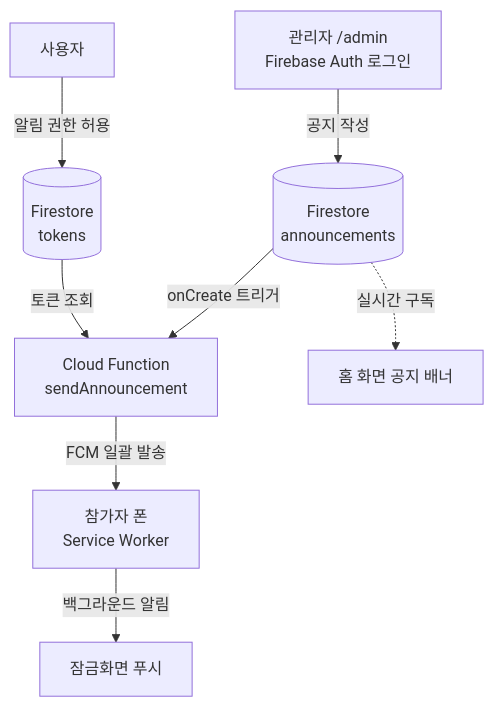
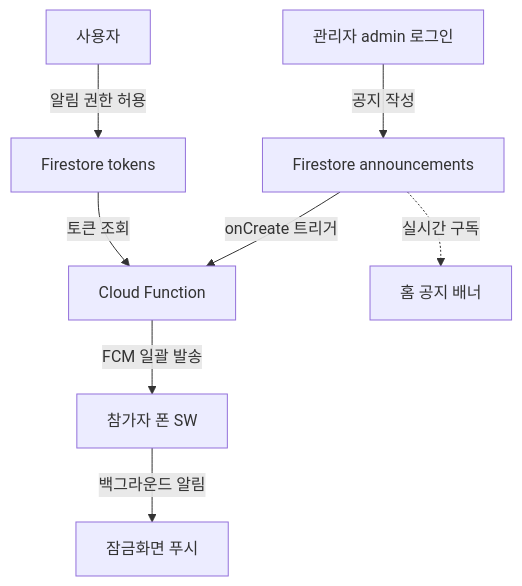
Before and after one commit to penguinnote/convene-pwa: the diagram in README.md, drawn with Mermaid.

Commit message:
docs: mermaid 단순화로 렌더링 수정

````diff
--- a/README.md
+++ b/README.md
@@ -51,10 +51,10 @@
 ```mermaid
 flowchart TD
-    A["관리자 /admin<br/>Firebase Auth 로그인"] -->|"공지 작성"| B[("Firestore<br/>announcements")]
-    B -->|"onCreate 트리거"| C["Cloud Function<br/>sendAnnouncement"]
-    D[("Firestore<br/>tokens")] -->|"토큰 조회"| C
-    C -->|"FCM 일괄 발송"| E["참가자 폰<br/>Service Worker"]
-    E -->|"백그라운드 알림"| F["잠금화면 푸시"]
-    B -.->|"실시간 구독"| G["홈 화면 공지 배너"]
-    H["사용자"] -->|"알림 권한 허용"| D
+    A[관리자 admin 로그인] -->|공지 작성| B[Firestore announcements]
+    B -->|onCreate 트리거| C[Cloud Function]
+    D[Firestore tokens] -->|토큰 조회| C
+    C -->|FCM 일괄 발송| E[참가자 폰 SW]
+    E -->|백그라운드 알림| F[잠금화면 푸시]
+    B -.->|실시간 구독| G[홈 공지 배너]
+    H[사용자] -->|알림 권한 허용| D
 ```
````
